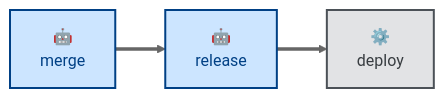
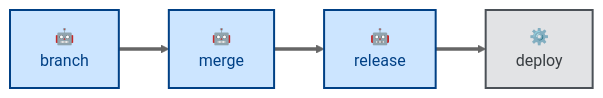
The diagram in skills/release/README.md (kieranpotts/skills), drawn with Mermaid (neutral theme) before and after one commit. The commit also changed other lines of this file and 7 other files, not shown here.

Commit message:
behavior: finalize branch, commit, merge, and release skills

````diff
--- a/skills/release/README.md
+++ b/skills/release/README.md
@@ -31,16 +43,18 @@
 ```mermaid
 flowchart LR
   %% Node labels and classes.
+  branch["🤖<br/>branch"]:::agentic
   merge["🤖<br/>merge"]:::agentic
   release["🤖<br/>release"]:::agentic
   deploy["⚙️<br/>deploy"]:::scripted
 
   %% Main workflow sequence.
+  branch ==> merge
   merge ==> release
   release ==> deploy
 
   %% Class definitions.
   classDef agentic fill:#cce5ff,stroke:#004085,color:#004085,stroke-width:2px
   classDef scripted fill:#e2e3e5,stroke:#4b5157,color:#383d41,stroke-width:2px
   classDef anthropic fill:#fff3cd,stroke:#856404,color:#856404,stroke-width:1px,stroke-dasharray:2 3
 ```
````
